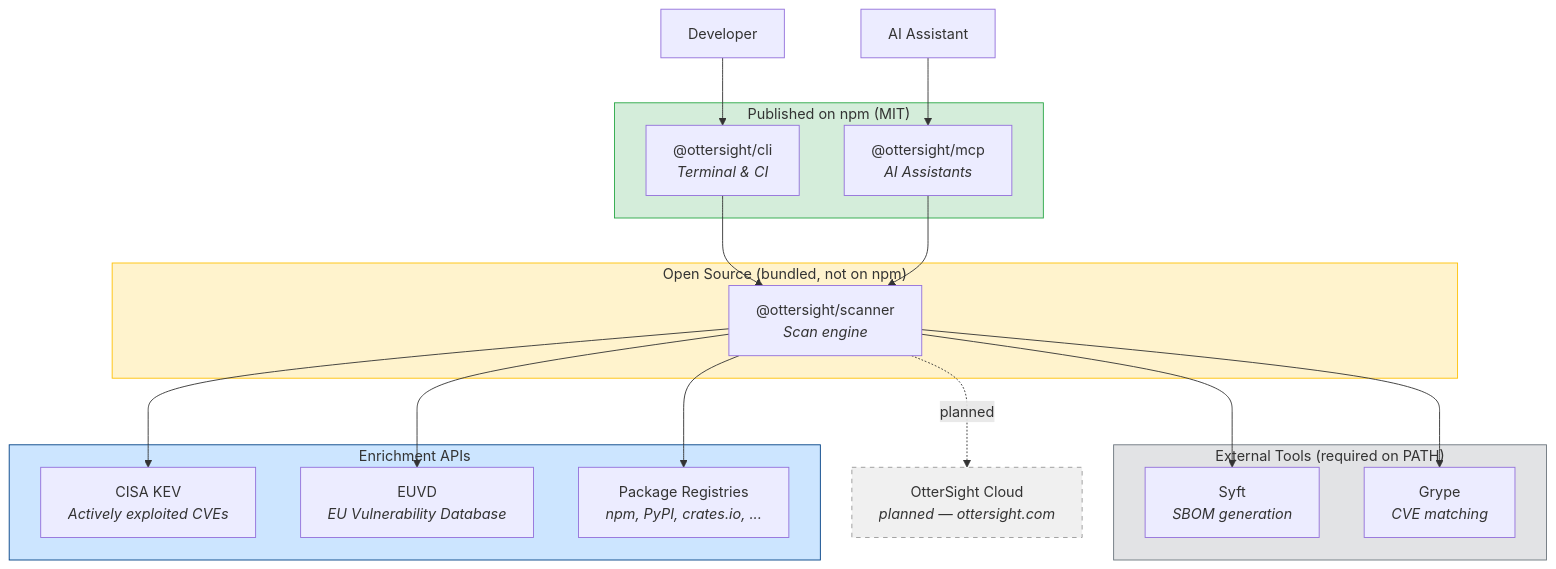
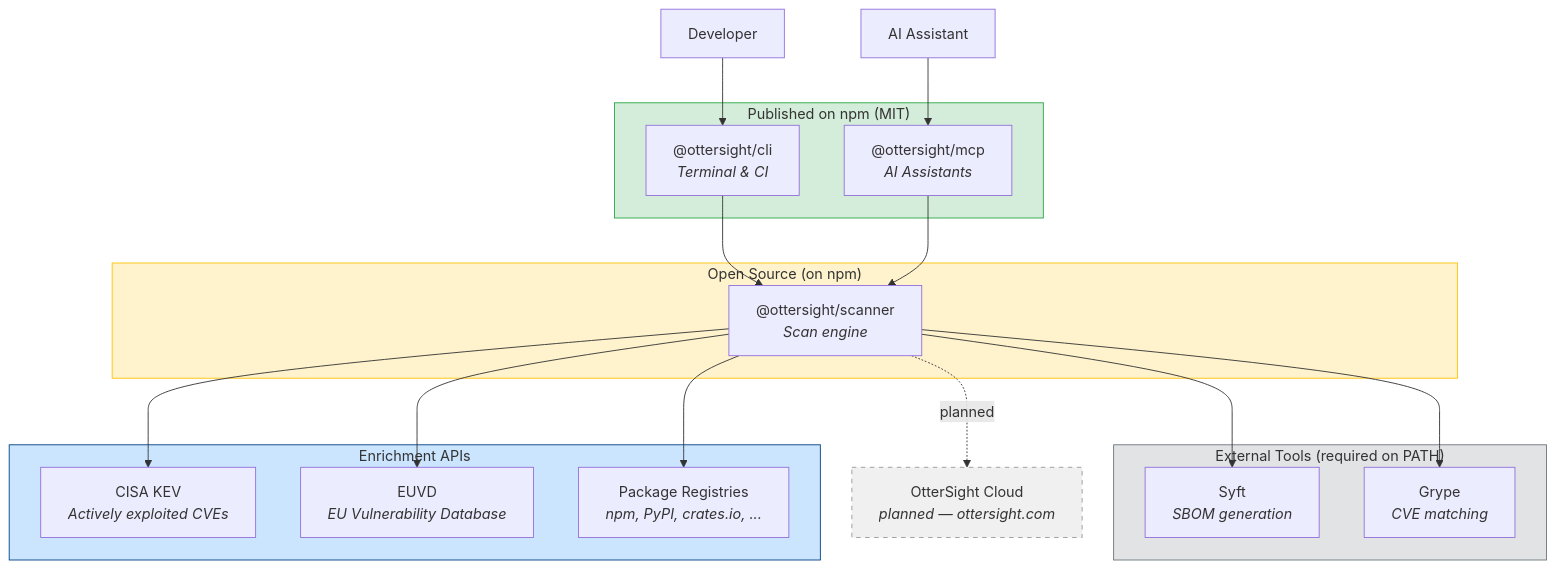
One commit to Ottersight/ottersight-cli changed the diagram in README.md. Above: the diagram before and after it, drawn with Mermaid. The commit also changed other lines of this file, not shown here.

Commit message:
docs: update README to reflect scanner is now on npm

````diff
--- a/README.md
+++ b/README.md
@@ -45,41 +45,41 @@
 ```mermaid
 graph TB
     subgraph Public["Published on npm (MIT)"]
         CLI["@ottersight/cli<br/><i>Terminal & CI</i>"]
         MCP["@ottersight/mcp<br/><i>AI Assistants</i>"]
     end
 
-    subgraph Core["Open Source (bundled, not on npm)"]
+    subgraph Core["Open Source (on npm)"]
         Scanner["@ottersight/scanner<br/><i>Scan engine</i>"]
     end
 
     subgraph Tools["External Tools (required on PATH)"]
         Syft["Syft<br/><i>SBOM generation</i>"]
         Grype["Grype<br/><i>CVE matching</i>"]
     end
 
     subgraph Enrichment["Enrichment APIs"]
         KEV["CISA KEV<br/><i>Actively exploited CVEs</i>"]
         EUVD["EUVD<br/><i>EU Vulnerability Database</i>"]
         Registries["Package Registries<br/><i>npm, PyPI, crates.io, ...</i>"]
     end
 
     User["Developer"] --> CLI
     AI["AI Assistant"] --> MCP
     CLI --> Scanner
     MCP --> Scanner
     Scanner --> Syft
     Scanner --> Grype
     Scanner --> KEV
     Scanner --> EUVD
     Scanner --> Registries
 
     Cloud["OtterSight Cloud<br/><i>planned — ottersight.com</i>"]
     Scanner -.->|"planned"| Cloud
 
     style Public fill:#d4edda,stroke:#28a745
     style Core fill:#fff3cd,stroke:#ffc107
     style Tools fill:#e2e3e5,stroke:#6c757d
     style Enrichment fill:#cce5ff,stroke:#004085
     style Cloud fill:#f0f0f0,stroke:#999,stroke-dasharray: 5 5
 ```
````
